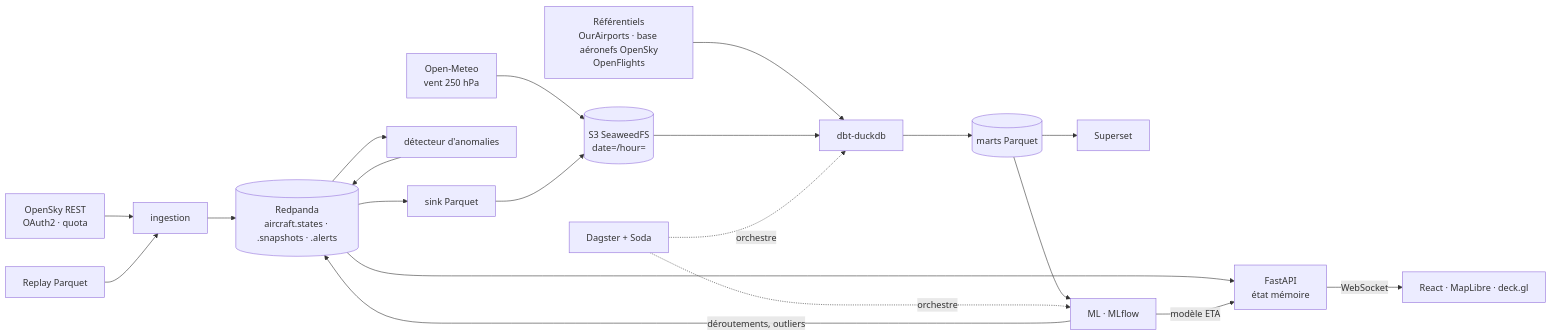
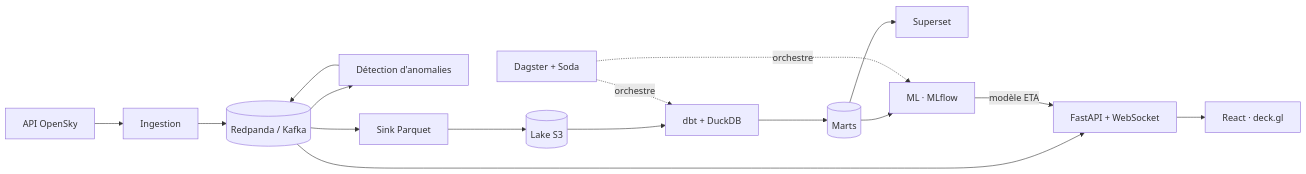
The diagram in README.md (Oussama-essalehi/SkyPulse), drawn with Mermaid before and after one commit. The commit also changed other lines of this file and 10 other files, not shown here.

````diff
--- a/README.md
+++ b/README.md
@@ -65,16 +30,12 @@
 ```mermaid
 flowchart LR
-  OS[OpenSky REST<br/>OAuth2 · quota] --> ING
-  REF[Référentiels<br/>OurAirports · base aéronefs OpenSky<br/>OpenFlights] --> DBT
-  OM[Open-Meteo<br/>vent 250 hPa] --> S3
-  RP[Replay Parquet] --> ING
-  ING[ingestion] --> K[(Redpanda<br/>aircraft.states · .snapshots · .alerts)]
-  K --> API[FastAPI<br/>état mémoire] -- WebSocket --> FE[React · MapLibre · deck.gl]
-  K --> AD[détecteur d'anomalies] --> K
-  K --> SINK[sink Parquet] --> S3[(S3 SeaweedFS<br/>date=/hour=)]
-  S3 --> DBT[dbt-duckdb] --> M[(marts Parquet)]
+  OS[API OpenSky] --> ING[Ingestion]
+  ING --> K[(Redpanda / Kafka)]
+  K --> API[FastAPI + WebSocket] --> FE[React · deck.gl]
+  K --> AD[Détection d'anomalies] --> K
+  K --> SINK[Sink Parquet] --> S3[(Lake S3)]
+  S3 --> DBT[dbt + DuckDB] --> M[(Marts)]
   M --> SUP[Superset] & ML[ML · MLflow]
   ML -- modèle ETA --> API
-  ML -- déroutements, outliers --> K
   DAG[Dagster + Soda] -. orchestre .-> DBT & ML
 ```
````
